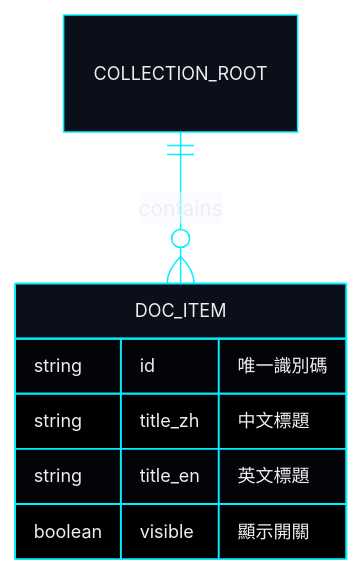
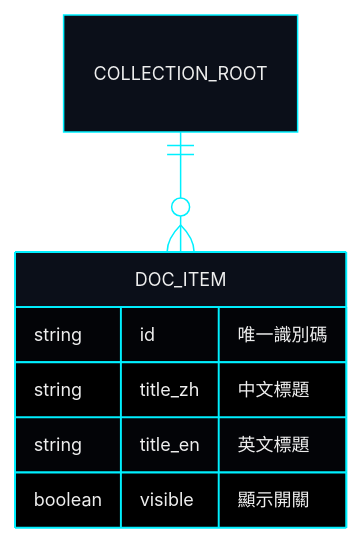
Before and after one commit to EricXJason/my-portfolio-website: the fourth of 4 diagrams in docs/system-design/07-ui-ux-standards.md, drawn with Mermaid. The commit also changed other lines of this file and 8 other files, not shown here.

Commit message:
style: enforce sharp corners across all diagrams and eliminate ERD contains label boxes

````diff
--- a/docs/system-design/07-ui-ux-standards.md
+++ b/docs/system-design/07-ui-ux-standards.md
@@ -220,28 +227,28 @@
 ```mermaid
 %%{init: {
   'theme': 'base',
   'themeVariables': {
     'darkMode': true,
     'background': '#030712',
     'mainBkg': '#0b0f19',
     'nodeBorder': '#00f0ff',
     'textColor': '#f8fafc',
     'lineColor': '#00f0ff',
     'titleColor': '#00f0ff',
     'edgeLabelBackground': '#030712',
     'attributeBackgroundColorOdd': '#060a14',
     'attributeBackgroundColorEven': '#0b0f19',
     'fontSize': '12px'
   },
-  'themeCSS': '.er.relationshipLabelBox { fill: #030712 !important; stroke: none !important; } .er.relationshipLabel { fill: #00f0ff !important; font-weight: bold; } .er.entityBox { fill: #0b0f19 !important; stroke: #00f0ff !important; } .er.entityLabel { fill: #00f0ff !important; } .er.attributeBoxOdd { fill: #060a14 !important; stroke: #1e293b !important; } .er.attributeBoxEven { fill: #0b0f19 !important; stroke: #1e293b !important; }'
+  'themeCSS': 'rect, .node rect, rect.actor { rx: 0px !important; ry: 0px !important; } .er.relationshipLabelBox { fill: none !important; stroke: none !important; display: none !important; } .er.relationshipLabel { fill: #00f0ff !important; font-weight: bold; } .er.entityBox { fill: #0b0f19 !important; stroke: #00f0ff !important; rx: 0px !important; ry: 0px !important; } .er.entityLabel { fill: #00f0ff !important; } .er.attributeBoxOdd { fill: #060a14 !important; stroke: #1e293b !important; } .er.attributeBoxEven { fill: #0b0f19 !important; stroke: #1e293b !important; }'
 }}%%
 erDiagram
-    COLLECTION_ROOT ||--o{ DOC_ITEM : "contains"
+    COLLECTION_ROOT ||--o{ DOC_ITEM : " "
 
     DOC_ITEM {
         string id "唯一識別碼"
         string title_zh "中文標題"
         string title_en "英文標題"
         boolean visible "顯示開關"
     }
 ```
````
